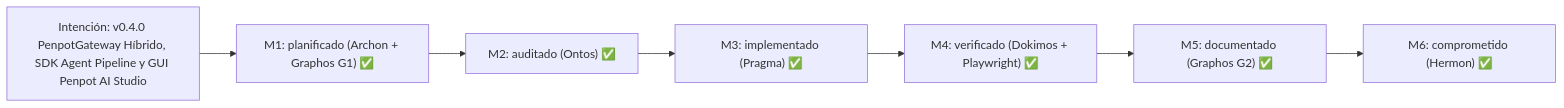
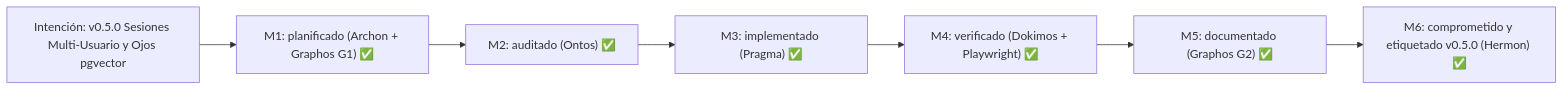
The first of 3 diagrams in README.es-ES.md (ancrz/penpot-mcp-server), drawn with Mermaid before and after one commit. The commit also changed other lines of this file and 7 other files, not shown here.

Commit message:
docs(readme,docs): update v0.5.0 docs, Mermaid diagrams, tech stack, and untrack docs/*.md ignore

````diff
--- a/README.es-ES.md
+++ b/README.es-ES.md
@@ -36,9 +38,9 @@
 ```mermaid
 flowchart LR
-    I["Intención: v0.4.0 PenpotGateway Híbrido, SDK Agent Pipeline y GUI Penpot AI Studio"] --> M1["M1: planificado (Archon + Graphos G1) ✅"]
+    I["Intención: v0.5.0 Sesiones Multi-Usuario y Ojos pgvector"] --> M1["M1: planificado (Archon + Graphos G1) ✅"]
     M1 --> M2["M2: auditado (Ontos) ✅"]
     M2 --> M3["M3: implementado (Pragma) ✅"]
     M3 --> M4["M4: verificado (Dokimos + Playwright) ✅"]
     M4 --> M5["M5: documentado (Graphos G2) ✅"]
-    M5 --> M6["M6: comprometido (Hermon) ✅"]
+    M5 --> M6["M6: comprometido y etiquetado v0.5.0 (Hermon) ✅"]
 ```
````
